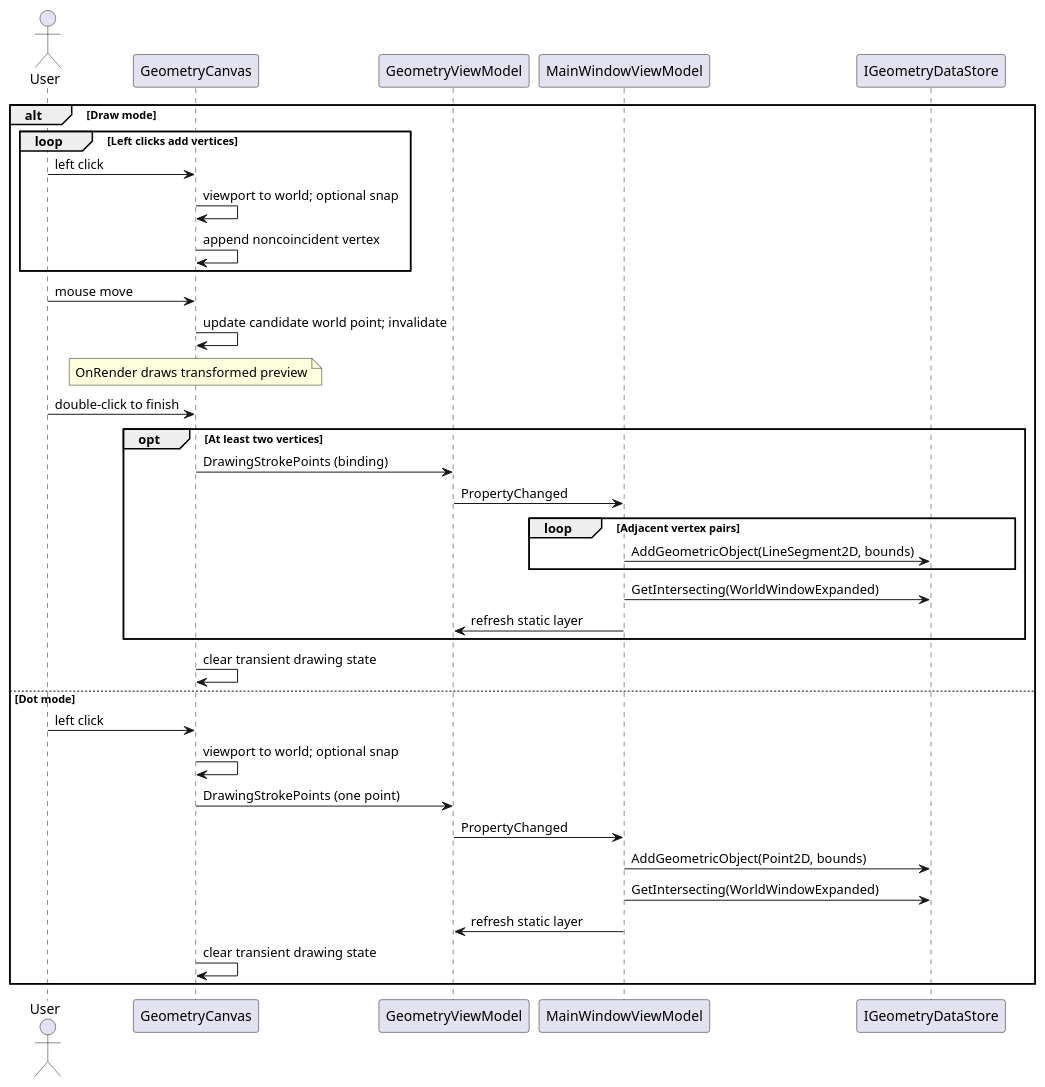
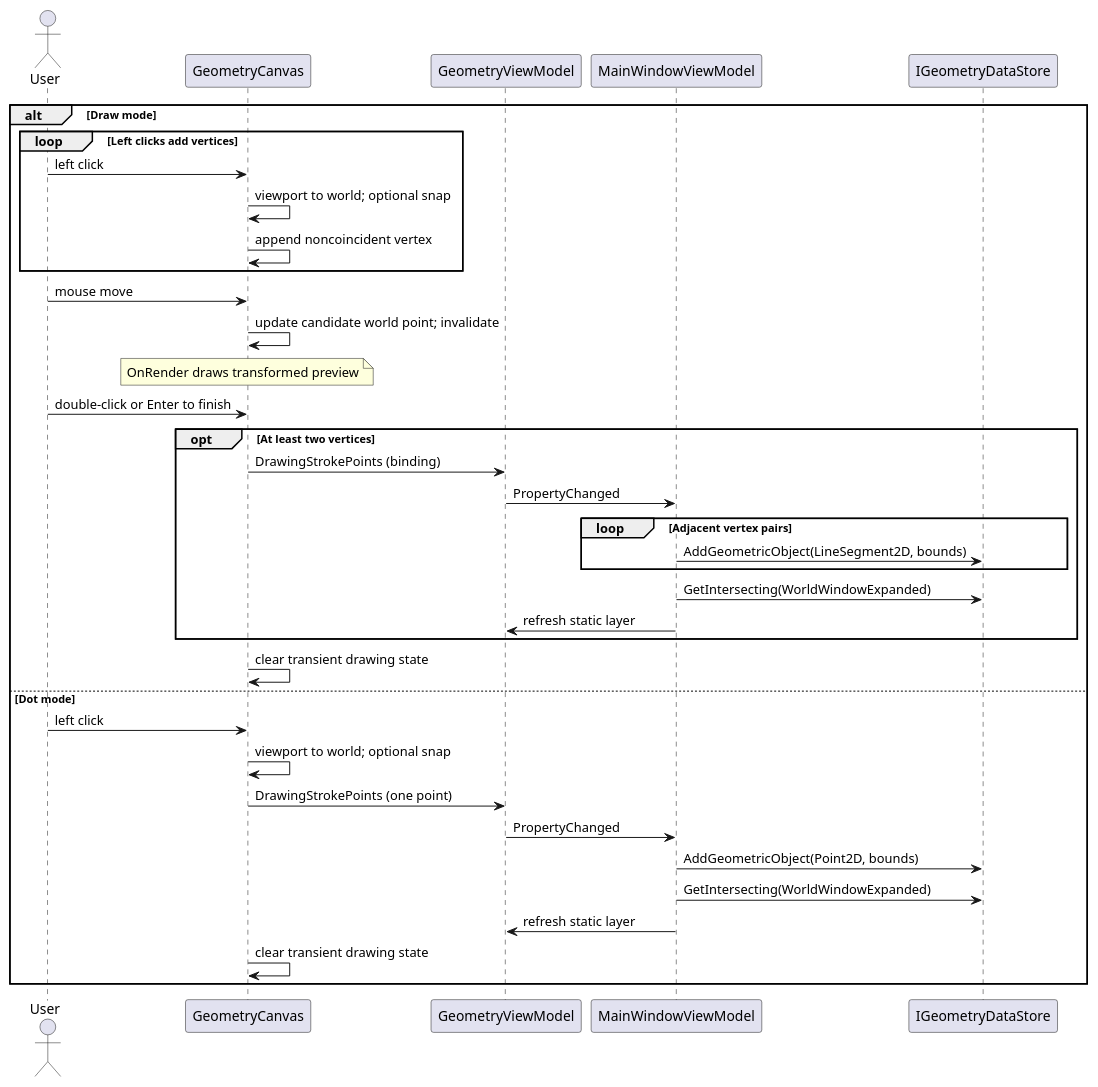
The diagram in docs/Reborn/drawing-sequence.puml (EbbeMeloSorensen/Craft), drawn with PlantUML before and after one commit. The commit also changed 4 other files, not shown here.

```diff
--- a/docs/Reborn/drawing-sequence.puml
+++ b/docs/Reborn/drawing-sequence.puml
@@ -1,37 +1,37 @@
 @startuml
 actor User
 participant GeometryCanvas as Canvas
 participant GeometryViewModel as State
 participant MainWindowViewModel as Host
 participant IGeometryDataStore as Store
 alt Draw mode
   loop Left clicks add vertices
     User -> Canvas : left click
     Canvas -> Canvas : viewport to world; optional snap
     Canvas -> Canvas : append noncoincident vertex
   end
   User -> Canvas : mouse move
   Canvas -> Canvas : update candidate world point; invalidate
   note over Canvas : OnRender draws transformed preview
-  User -> Canvas : double-click to finish
+  User -> Canvas : double-click or Enter to finish
   opt At least two vertices
     Canvas -> State : DrawingStrokePoints (binding)
     State -> Host : PropertyChanged
     loop Adjacent vertex pairs
       Host -> Store : AddGeometricObject(LineSegment2D, bounds)
     end
     Host -> Store : GetIntersecting(WorldWindowExpanded)
     Host -> State : refresh static layer
   end
   Canvas -> Canvas : clear transient drawing state
 else Dot mode
   User -> Canvas : left click
   Canvas -> Canvas : viewport to world; optional snap
   Canvas -> State : DrawingStrokePoints (one point)
   State -> Host : PropertyChanged
   Host -> Store : AddGeometricObject(Point2D, bounds)
   Host -> Store : GetIntersecting(WorldWindowExpanded)
   Host -> State : refresh static layer
   Canvas -> Canvas : clear transient drawing state
 end
 @enduml
```
